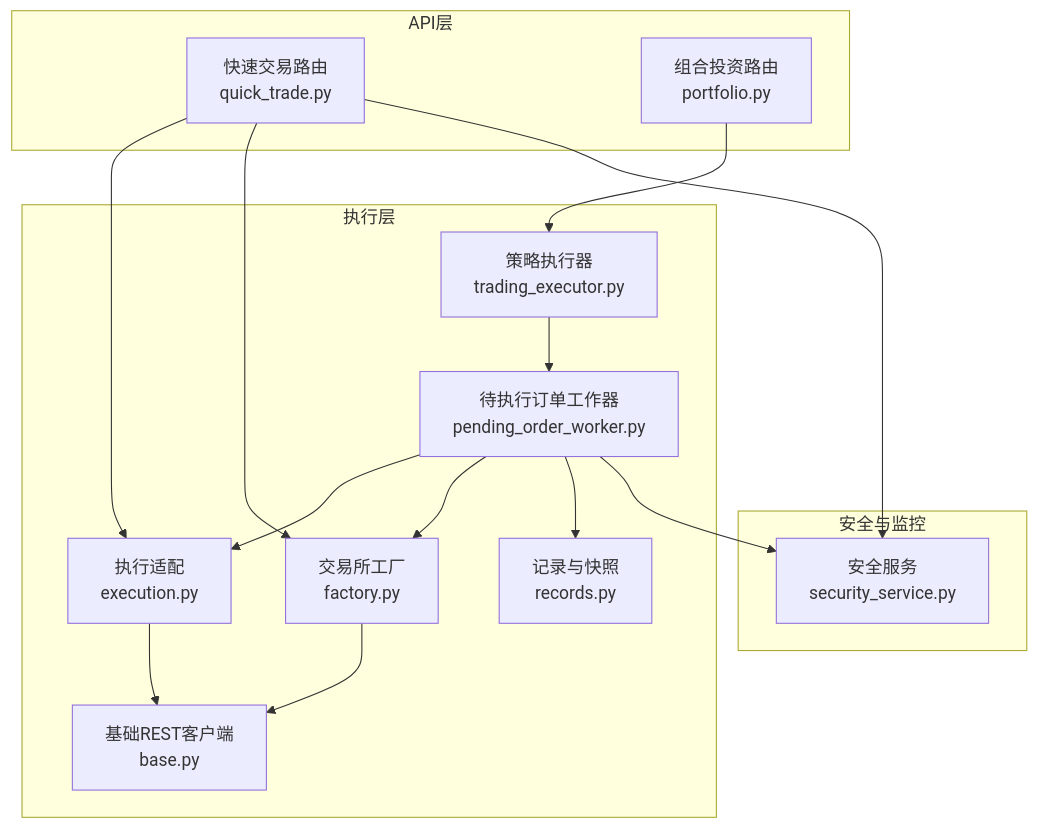
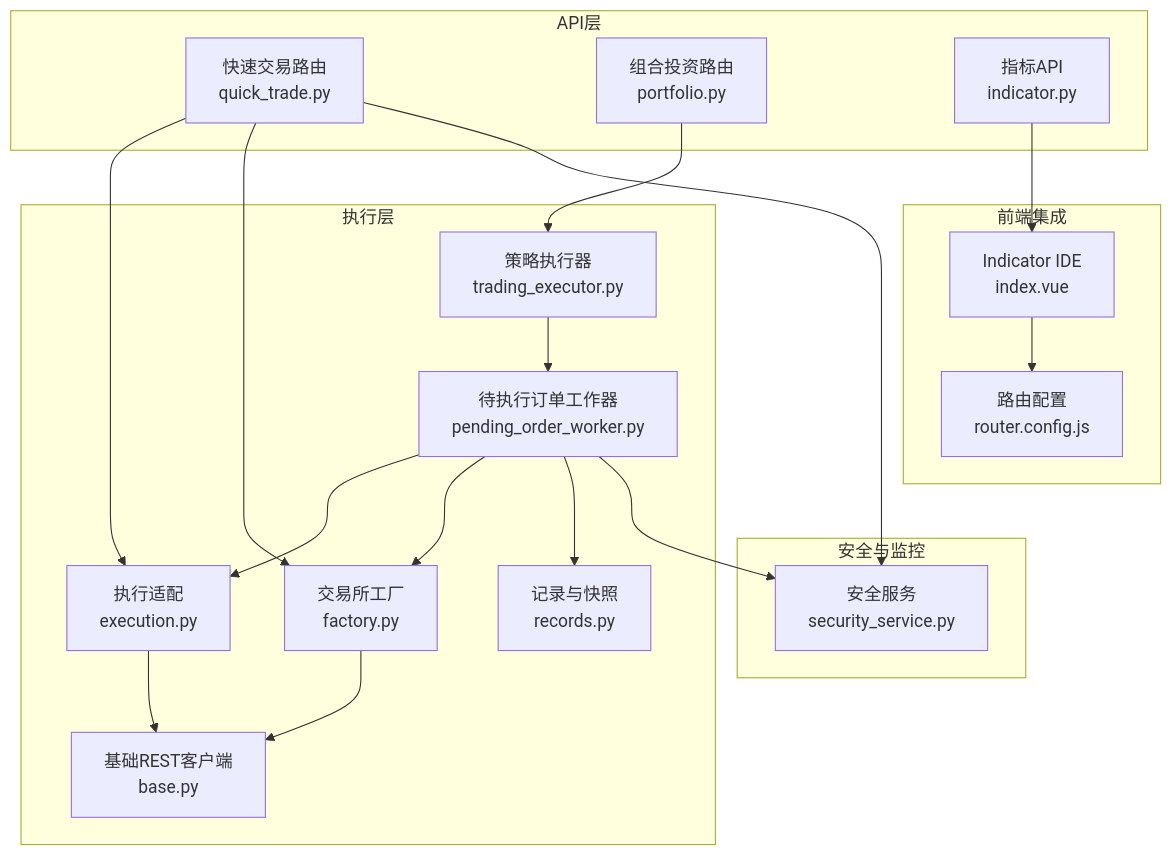
The first of 8 diagrams in .qoder/repowiki/zh/content/API参考文档/交易执行API.md (joezxh/QuantDinger), drawn with Mermaid before and after one commit. The commit also changed other lines of this file and 548 other files, not shown here.

````diff
--- a/.qoder/repowiki/zh/content/API参考文档/交易执行API.md
+++ b/.qoder/repowiki/zh/content/API参考文档/交易执行API.md
@@ -42,29 +57,36 @@
 ```mermaid
 graph TB
 subgraph "API层"
 QT["快速交易路由<br/>quick_trade.py"]
 PF["组合投资路由<br/>portfolio.py"]
+IND["指标API<br/>indicator.py"]
 end
 subgraph "执行层"
 E["执行适配<br/>execution.py"]
 F["交易所工厂<br/>factory.py"]
 B["基础REST客户端<br/>base.py"]
 R["记录与快照<br/>records.py"]
 P["待执行订单工作器<br/>pending_order_worker.py"]
 T["策略执行器<br/>trading_executor.py"]
+end
+subgraph "前端集成"
+IR["Indicator IDE<br/>index.vue"]
+RT["路由配置<br/>router.config.js"]
 end
 subgraph "安全与监控"
 S["安全服务<br/>security_service.py"]
 end
 QT --> E
 QT --> F
 E --> B
 F --> B
 P --> E
 P --> F
 P --> R
 T --> P
 PF --> T
 QT --> S
 P --> S
+IND --> IR
+IR --> RT
 ```
````
